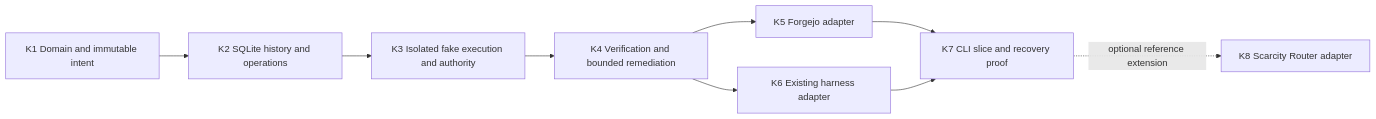
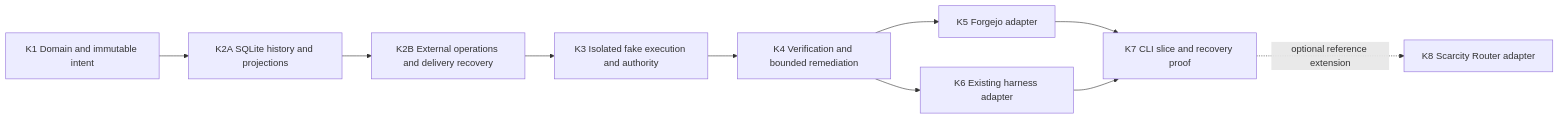
Before and after one commit to creatidy/creatidy-kernel: the diagram in docs/architecture/successor.md, drawn with Mermaid. The commit also changed other lines of this file and 7 other files, not shown here.

````diff
--- a/docs/architecture/successor.md
+++ b/docs/architecture/successor.md
@@ -9,11 +9,12 @@
 ```mermaid
 flowchart LR
-    K1[K1 Domain and immutable intent] --> K2[K2 SQLite history and operations]
-    K2 --> K3[K3 Isolated fake execution and authority]
+    K1[K1 Domain and immutable intent] --> K2A[K2A SQLite history and projections]
+    K2A --> K2B[K2B External operations and delivery recovery]
+    K2B --> K3[K3 Isolated fake execution and authority]
     K3 --> K4[K4 Verification and bounded remediation]
     K4 --> K5[K5 Forgejo adapter]
     K4 --> K6[K6 Existing harness adapter]
     K5 --> K7[K7 CLI slice and recovery proof]
     K6 --> K7
     K7 -. optional reference extension .-> K8[K8 Scarcity Router adapter]
 ```
````
